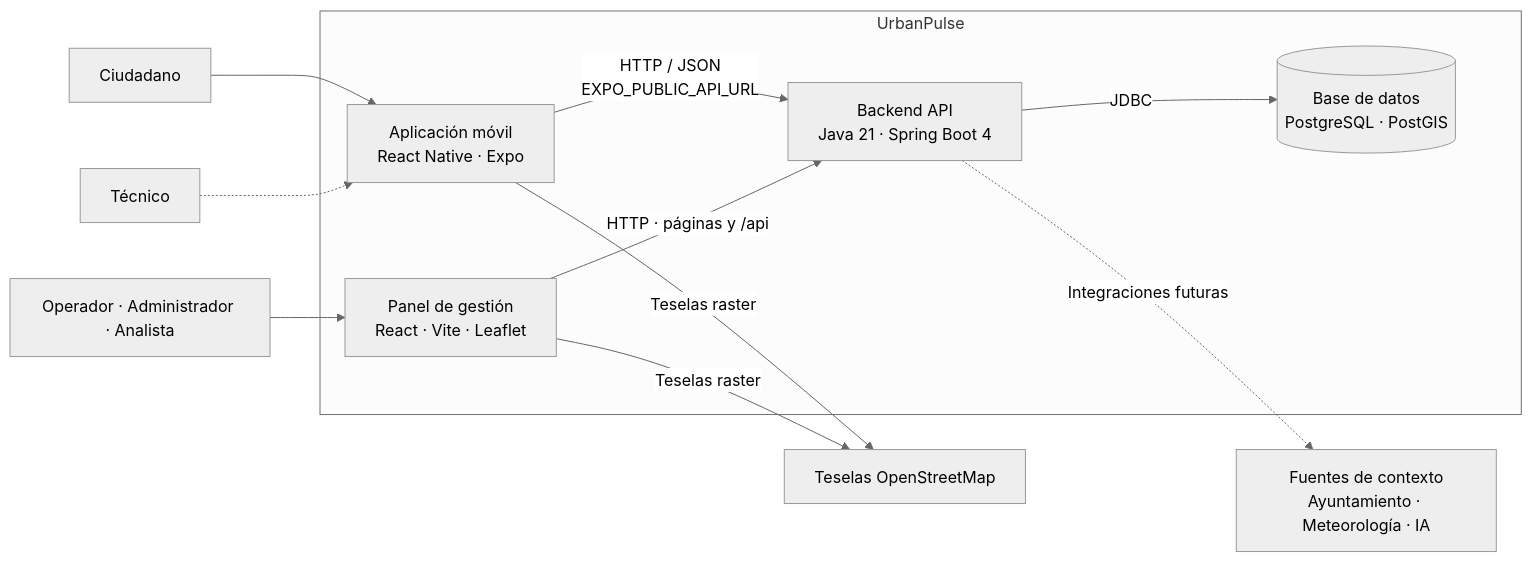
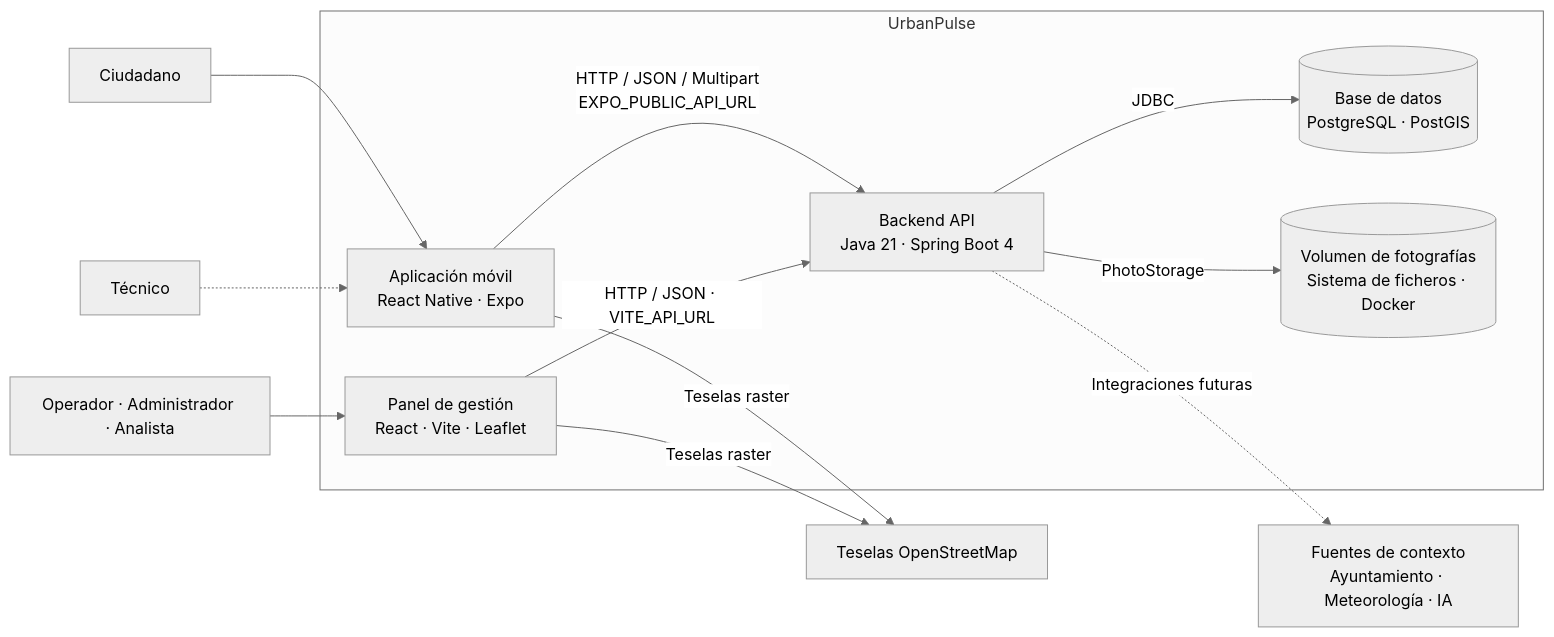
Before and after one commit to grupo-14-UMA/urbanpulse-incident-manager: the second of 3 diagrams in docs/architecture.md, drawn with Mermaid (neutral theme). The commit also changed other lines of this file and 43 other files, not shown here.

````diff
--- a/docs/architecture.md
+++ b/docs/architecture.md
@@ -59,26 +59,28 @@
 ```mermaid
 flowchart LR
     citizen[Ciudadano]
     technician[Técnico]
     staff[Operador · Administrador · Analista]
 
     subgraph system[UrbanPulse]
         mobile[Aplicación móvil<br/>React Native · Expo]
         web[Panel de gestión<br/>React · Vite · Leaflet]
         api[Backend API<br/>Java 21 · Spring Boot 4]
         db[(Base de datos<br/>PostgreSQL · PostGIS)]
+        photos[(Volumen de fotografías<br/>Sistema de ficheros · Docker)]
     end
 
     osm[Teselas OpenStreetMap]
     data[Fuentes de contexto<br/>Ayuntamiento · Meteorología · IA]
 
     citizen --> mobile
     technician -.-> mobile
     staff --> web
-    mobile -->|HTTP / JSON<br/>EXPO_PUBLIC_API_URL| api
-    web -->|HTTP · páginas y /api| api
+    mobile -->|HTTP / JSON / Multipart<br/>EXPO_PUBLIC_API_URL| api
+    web -->|HTTP / JSON · VITE_API_URL| api
     api -->|JDBC| db
+    api -->|PhotoStorage| photos
     mobile -->|Teselas raster| osm
     web -->|Teselas raster| osm
     api -.->|Integraciones futuras| data
 ```
````
